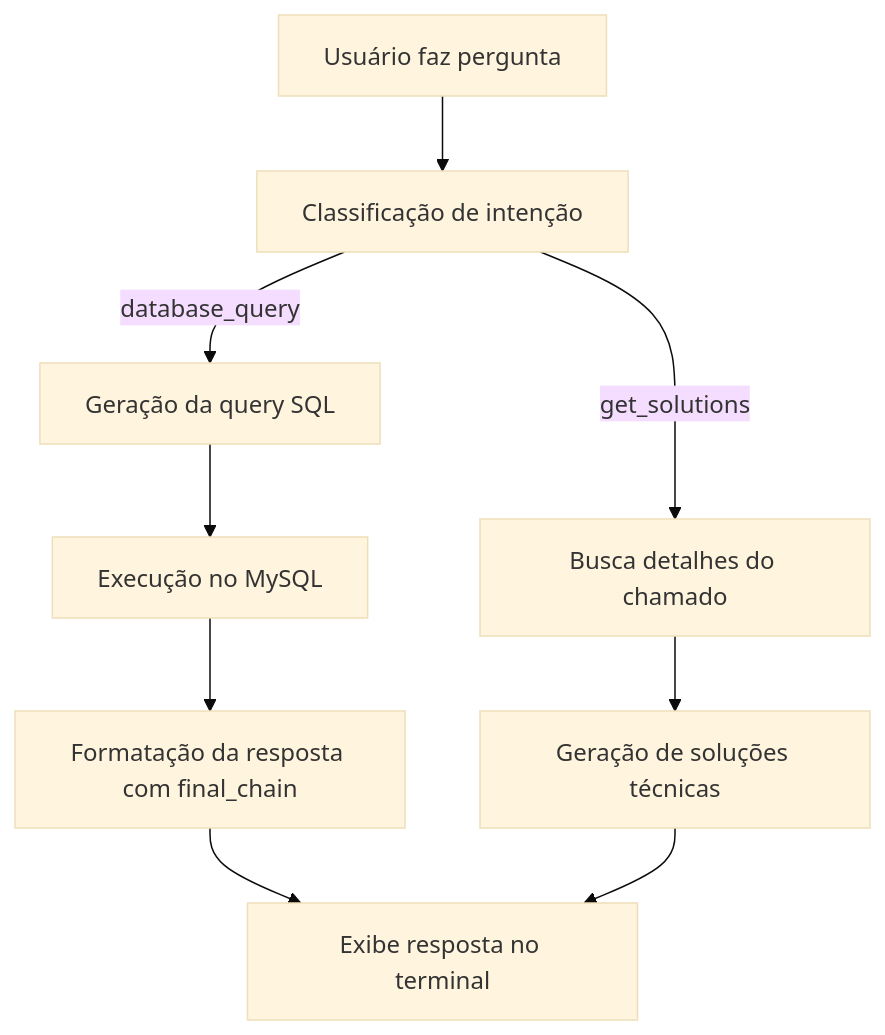
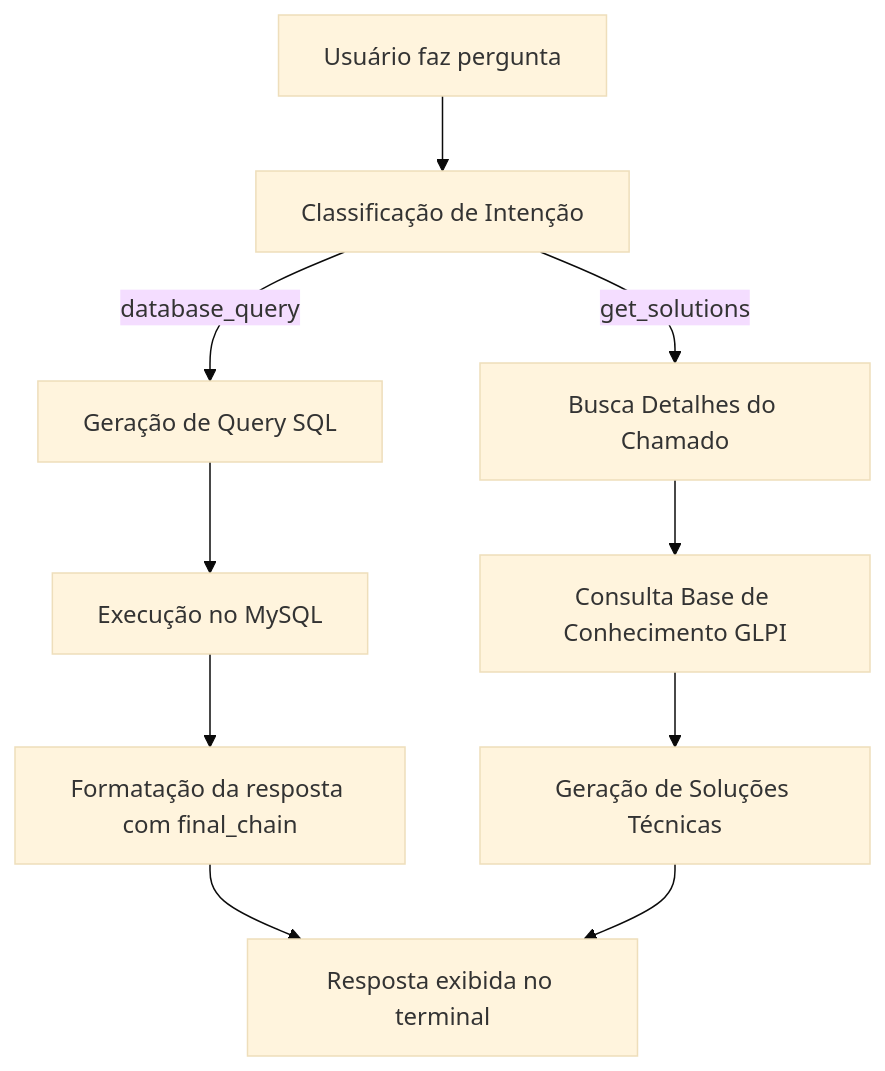
The diagram in README.md (briellll/glpi_sql_ai), drawn with Mermaid (base theme) before and after one commit. The commit also changed other lines of this file and 5 other files, not shown here.

````diff
--- a/README.md
+++ b/README.md
@@ -167,10 +185,11 @@
 ```mermaid
 flowchart TD
-    A[Usuário faz pergunta] --> B[Classificação de intenção]
-    B -->|database_query| C[Geração da query SQL]
+    A[Usuário faz pergunta] --> B[Classificação de Intenção]
+    B -->|database_query| C[Geração de Query SQL]
     C --> D[Execução no MySQL]
     D --> E[Formatação da resposta com final_chain]
-    B -->|get_solutions| F[Busca detalhes do chamado]
-    F --> G[Geração de soluções técnicas]
-    E & G --> H[Exibe resposta no terminal]
+    B -->|get_solutions| F[Busca Detalhes do Chamado]
+    F --> G[Consulta Base de Conhecimento GLPI]
+    G --> H[Geração de Soluções Técnicas]
+    E & H --> I[Resposta exibida no terminal]
 ```
````
